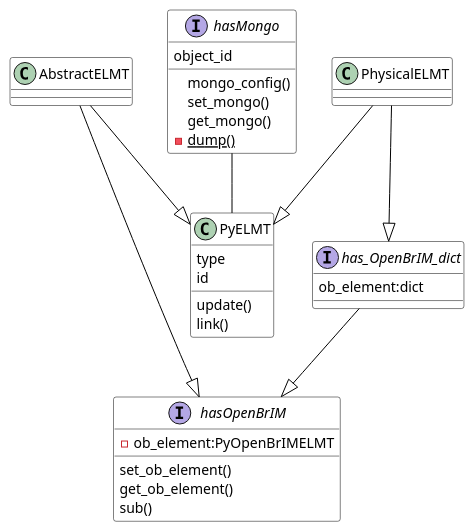
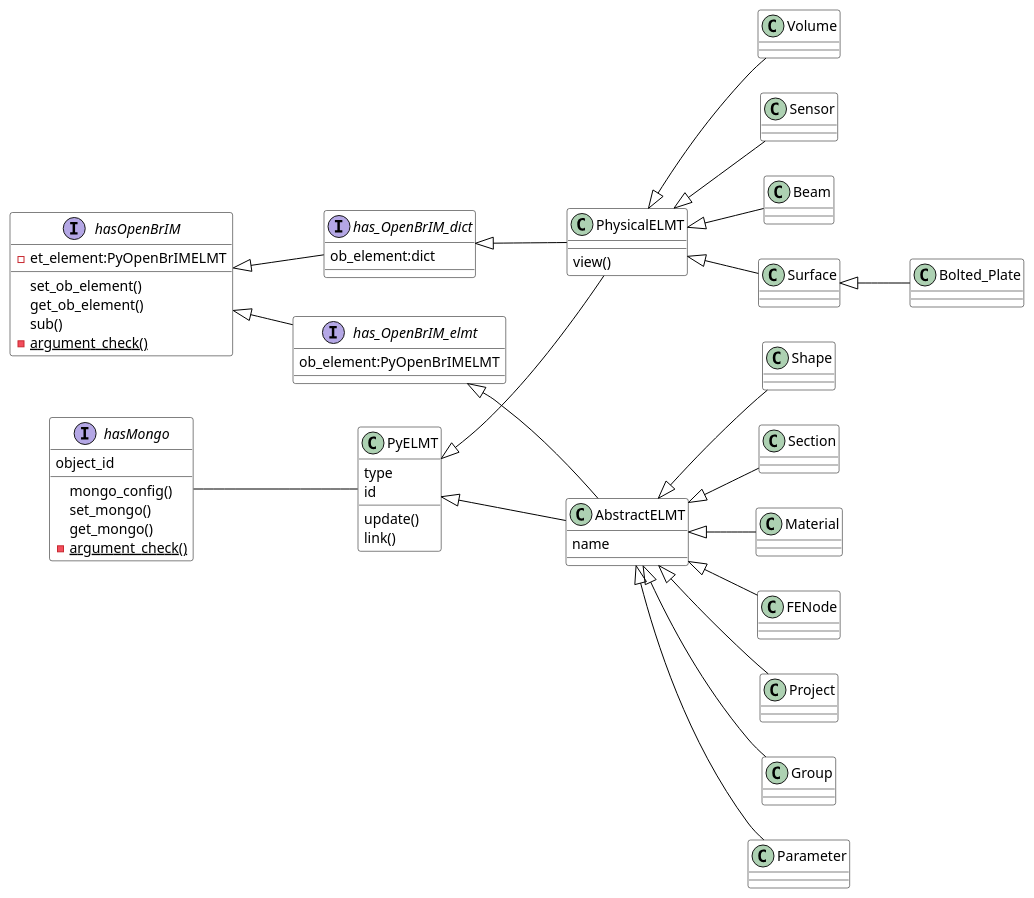
Before and after one commit to YidongQIN/PyBMS_BrIM: the diagram in Notes & Diagrams/BMS_BrIM_class.puml, drawn with PlantUML.

Commit message:
PlantUML

```diff
--- a/Notes & Diagrams/BMS_BrIM_class.puml
+++ b/Notes & Diagrams/BMS_BrIM_class.puml
@@ -1,58 +1,102 @@
 @startuml
+
+' top to bottom direction
+left to right direction
 
 skinparam class {
     BackgroundColor White
     ArrowColor Black
     BorderColor Black
 }
 
 Interface hasMongo{
     object_id
     mongo_config()
     set_mongo()
     get_mongo()
-    - {static} dump()
+    - {static} argument_check()
 }
+
 hasMongo -- PyELMT
 
 Interface hasOpenBrIM{
-    - ob_element:PyOpenBrIMELMT
+    - et_element:PyOpenBrIMELMT
     set_ob_element()
     get_ob_element()
     sub()
+    - {static} argument_check()
+}
+
+Interface has_OpenBrIM_elmt{
+    ob_element:PyOpenBrIMELMT
 }
 
 Interface has_OpenBrIM_dict{
     ob_element:dict
 }
 
-has_OpenBrIM_dict --|> hasOpenBrIM
+hasOpenBrIM <|-- has_OpenBrIM_elmt
+hasOpenBrIM <|-- has_OpenBrIM_dict
 
 class PyELMT{
     type
     id
     update()
     link()
 }
 
-class AbstractELMT
+class AbstractELMT{
+    name
+}
 
-class PhysicalELMT
+class PhysicalELMT{
+    view()
+}
 
 ' hide PhysicalELMT circle
 
 together {
     class PyELMT
-    class AbstractELMT
-    class PhysicalELMT
+    ' class AbstractELMT
+    ' class PhysicalELMT
+    Interface hasMongo
+    Interface hasOpenBrIM
 }
 
-' hasOpenBrIM -[hidden]-> AbstractELMT
-' has_OpenBrIM_dict -[hidden]-> PhysicalELMT
+' hasOpenBrIM -- hasMongo
 
-AbstractELMT --|> PyELMT
-PhysicalELMT --|> PyELMT
-AbstractELMT --|> hasOpenBrIM
-PhysicalELMT --|> has_OpenBrIM_dict
+PyELMT <|-- AbstractELMT
+PyELMT <|-- PhysicalELMT
+
+has_OpenBrIM_elmt <|-- AbstractELMT
+has_OpenBrIM_dict <|-- PhysicalELMT
+
+class Project
+class Group
+class Parameter
+class Shape
+class Section
+class Material
+class FENode
+
+AbstractELMT <|-- Project
+AbstractELMT <|-- Group
+AbstractELMT <|-- Parameter
+AbstractELMT <|-- Shape
+AbstractELMT <|-- Section
+AbstractELMT <|-- Material
+AbstractELMT <|-- FENode
+
+class Beam
+class Surface
+class Bolted_Plate
+class Volume
+class Sensor
+
+PhysicalELMT <|-- Beam
+PhysicalELMT <|-- Surface
+Surface <|-- Bolted_Plate
+PhysicalELMT <|-- Volume
+PhysicalELMT <|-- Sensor
 
 @enduml
```
